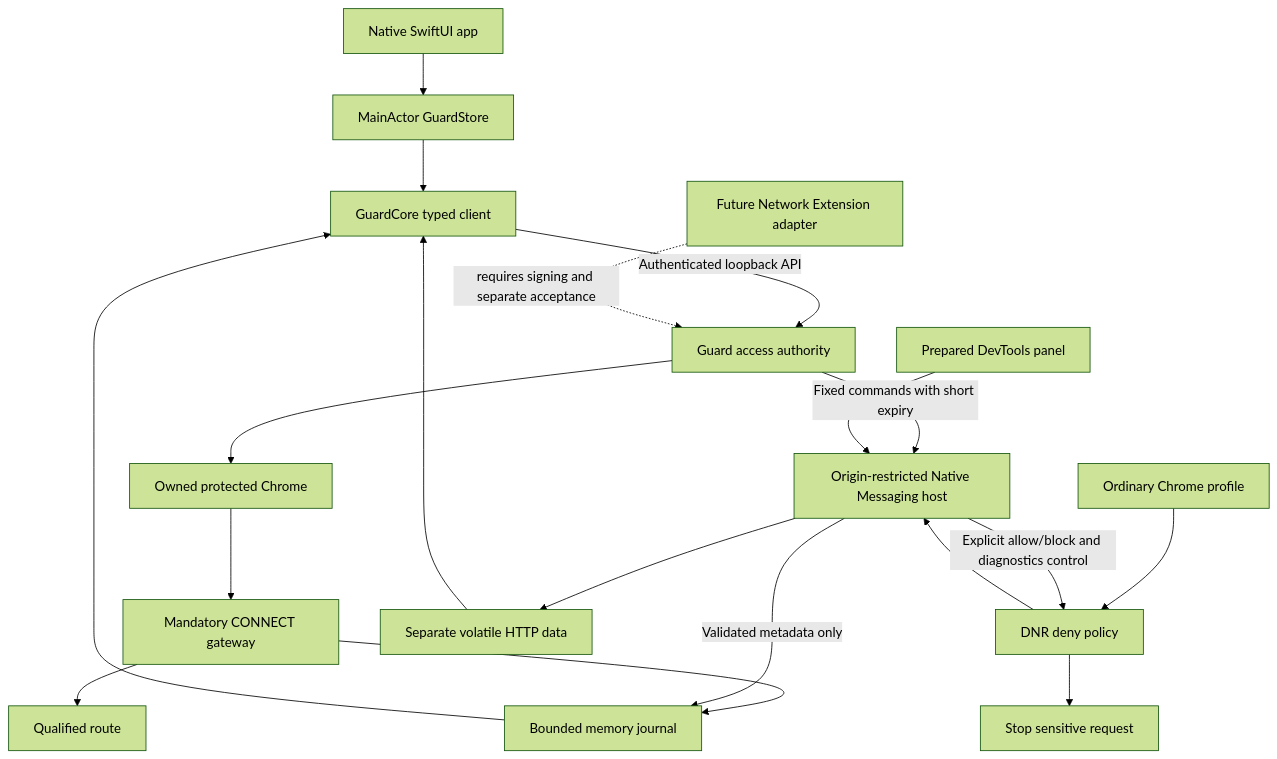
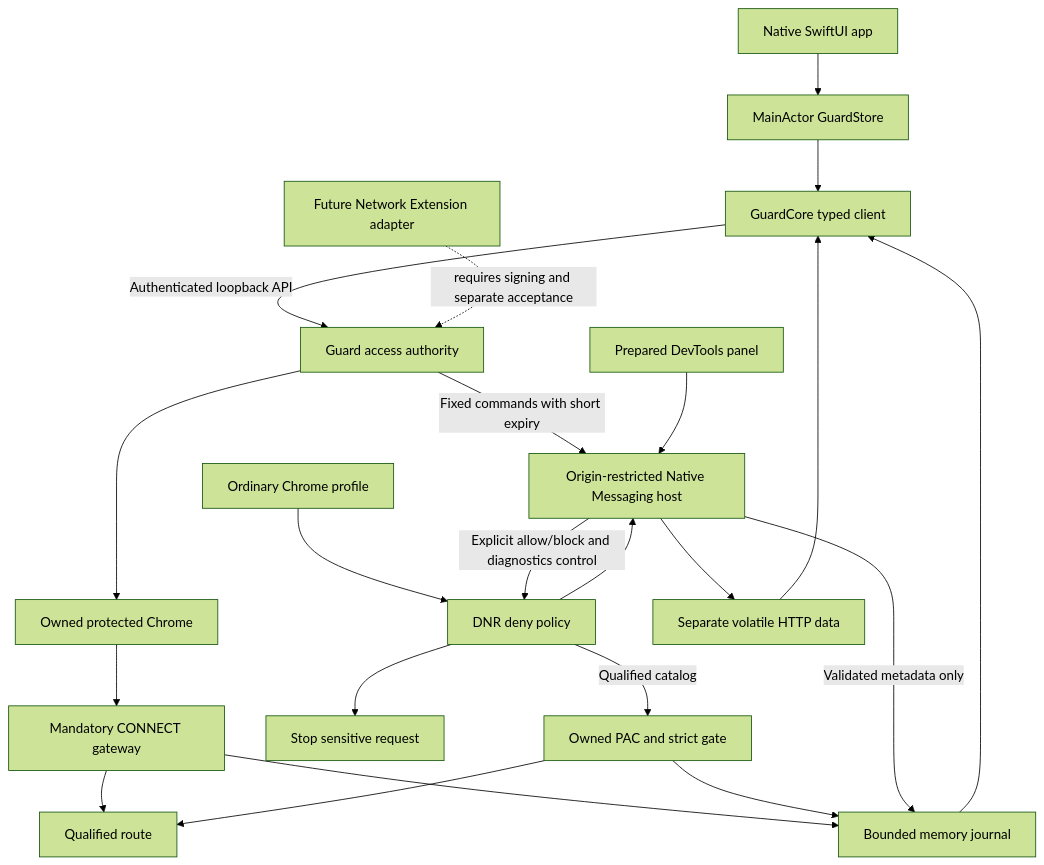
Before and after one commit to eiler2005/ghostroute: the first of 2 diagrams in modules/mac-privacy-guard/docs/native-architecture.md, drawn with Mermaid (forest theme). The commit also changed other lines of this file and 37 other files, not shown here.

Commit message:
Add qualified Chrome routing with preserved external PAC rules

````diff
--- a/modules/mac-privacy-guard/docs/native-architecture.md
+++ b/modules/mac-privacy-guard/docs/native-architecture.md
@@ -50,21 +52,24 @@
 ```mermaid
 flowchart TB
     ui[Native SwiftUI app] --> store[MainActor GuardStore]
     store --> client[GuardCore typed client]
     client -->|Authenticated loopback API| engine[Guard access authority]
     engine --> browser[Owned protected Chrome]
     browser --> gate[Mandatory CONNECT gateway]
     gate --> qualified[Qualified route]
     gate --> journal[Bounded memory journal]
     ordinary[Ordinary Chrome profile] --> policy[DNR deny policy]
     policy --> deny[Stop sensitive request]
+    policy -->|Qualified catalog| strict[Owned PAC and strict gate]
+    strict --> qualified
+    strict --> journal
     policy --> bridge[Origin-restricted Native Messaging host]
     bridge -->|Validated metadata only| journal
     engine -->|Fixed commands with short expiry| bridge
     bridge -->|Explicit allow/block and diagnostics control| policy
     devtools[Prepared DevTools panel] --> bridge
     bridge --> preview[Separate volatile HTTP data]
     preview --> client
     journal --> client
     future[Future Network Extension adapter] -. requires signing and separate acceptance .-> engine
 ```
````
